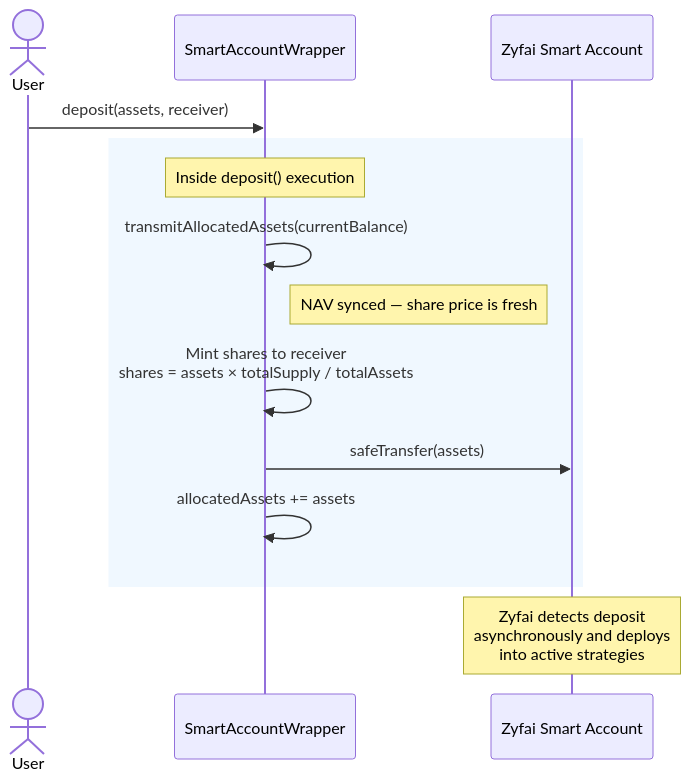
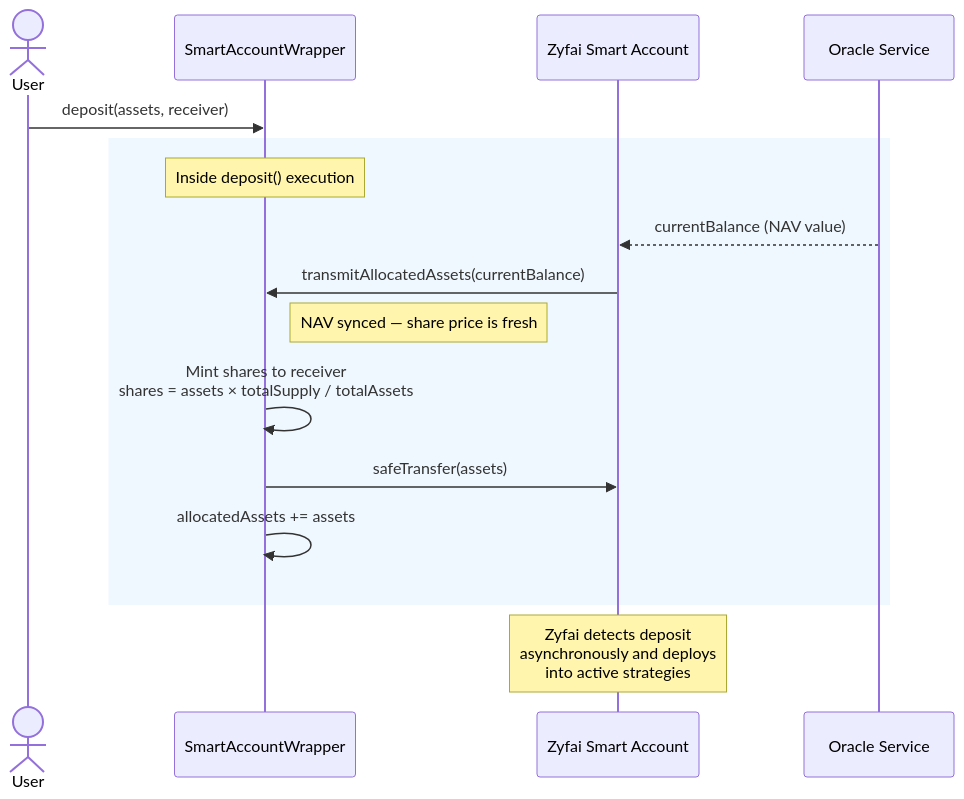
Before and after one commit to ondefy/erc7540-wrapper: the fourth of 10 diagrams in ARCHITECTURE.md, drawn with Mermaid. The commit also changed other lines of this file, not shown here.

Commit message:
fix: new graph

````diff
--- a/ARCHITECTURE.md
+++ b/ARCHITECTURE.md
@@ -157,19 +169,21 @@
 ```mermaid
 sequenceDiagram
     actor User
     participant Vault as SmartAccountWrapper
     participant SA as Zyfai Smart Account
+    participant Oracle as Oracle Service
 
     User->>Vault: deposit(assets, receiver)
 
     rect rgb(240, 248, 255)
         Note over Vault: Inside deposit() execution
-        Vault->>Vault: transmitAllocatedAssets(currentBalance)
+        Oracle-->>SA: currentBalance (NAV value)
+        SA->>Vault: transmitAllocatedAssets(currentBalance)
         Note right of Vault: NAV synced — share price is fresh
         Vault->>Vault: Mint shares to receiver<br/>shares = assets × totalSupply / totalAssets
         Vault->>SA: safeTransfer(assets)
         Vault->>Vault: allocatedAssets += assets
     end
 
     Note over SA: Zyfai detects deposit<br/>asynchronously and deploys<br/>into active strategies
 ```
````
